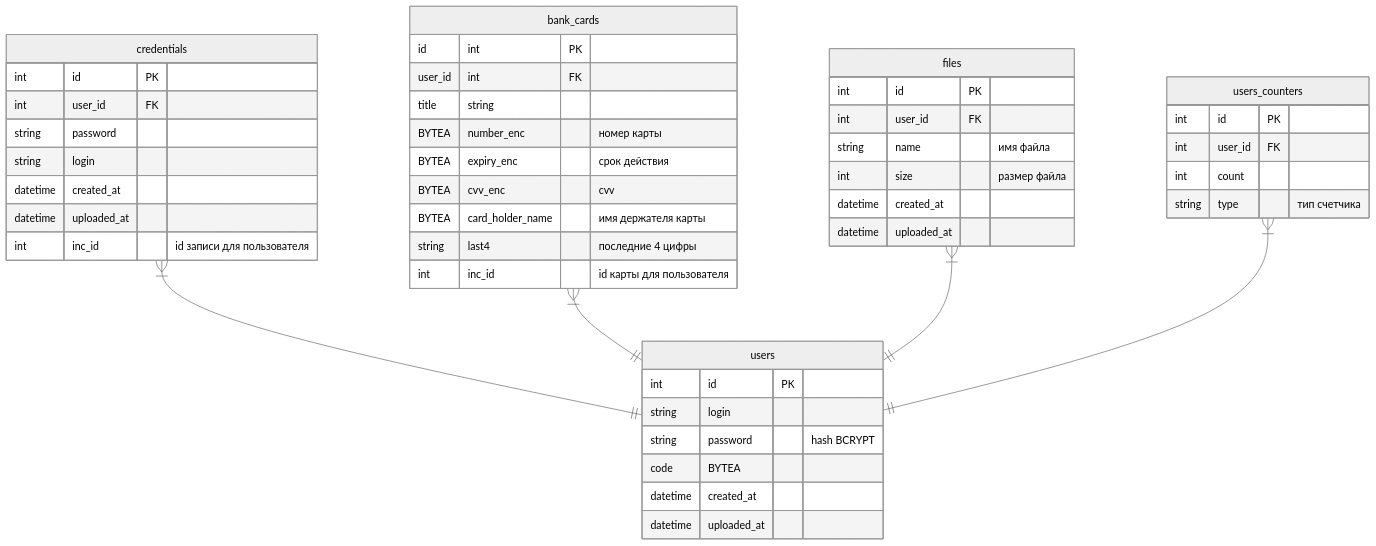
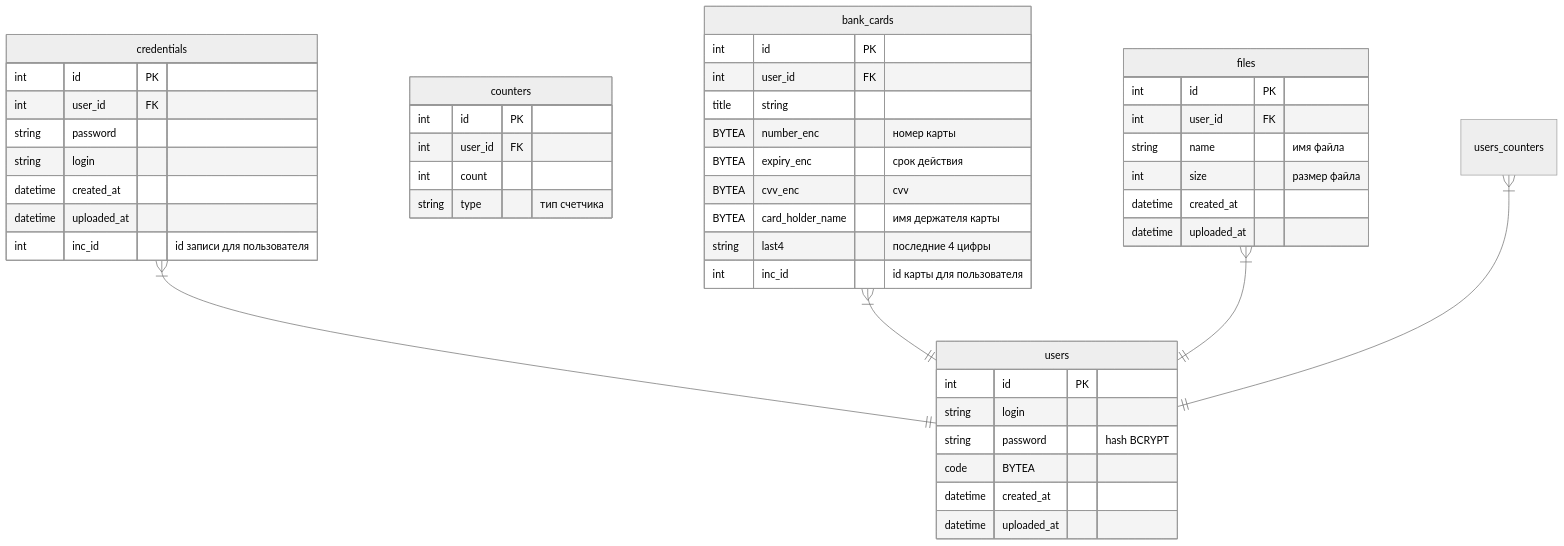
The diagram in doc/db.md (xboxser/GophKeeper), drawn with Mermaid before and after one commit. The commit also changed 14 other files, not shown here.

````diff
--- a/doc/db.md
+++ b/doc/db.md
@@ -3,55 +3,55 @@
 ```mermaid
 ---
 config:
   theme: neutral
 ---
 erDiagram
 	direction TB
 	credentials {
 		int id PK ""  
         int user_id FK ""  
 		string password  ""  
         string login  ""  
 		datetime created_at  ""  
 		datetime uploaded_at  ""
         int inc_id    "id записи для пользователя"  
 	}
 	users {
 		int id PK ""  
 		string login  ""  
 		string password  "hash BCRYPT"  
         code BYTEA  ""  
 		datetime created_at  ""  
 		datetime uploaded_at  ""  
 	}
-    users_counters {
+    counters {
 		int id PK ""  
         int user_id FK ""  
         int count ""
         string type  "тип счетчика" 
 	}
     bank_cards {
-        id int  PK ""  
-        user_id int FK ""  
+        int id PK ""  
+        int user_id FK ""  
         title string  ""
         BYTEA number_enc   "номер карты"  
         BYTEA expiry_enc  "срок действия"
         BYTEA cvv_enc  "cvv"
         BYTEA card_holder_name   "имя держателя карты"
         string last4   "последние 4 цифры"
         int inc_id    "id карты для пользователя"
     }
     files {
         int id PK ""
         int user_id FK ""
         string name "имя файла"
         int size "размер файла"
         datetime created_at  ""  
 		datetime uploaded_at  ""  
     }
 	credentials}|--||users:"  "
     bank_cards}|--||users:"  "
     files}|--||users:"  "
     users_counters}|--||users:"  "
 
 ```
````
